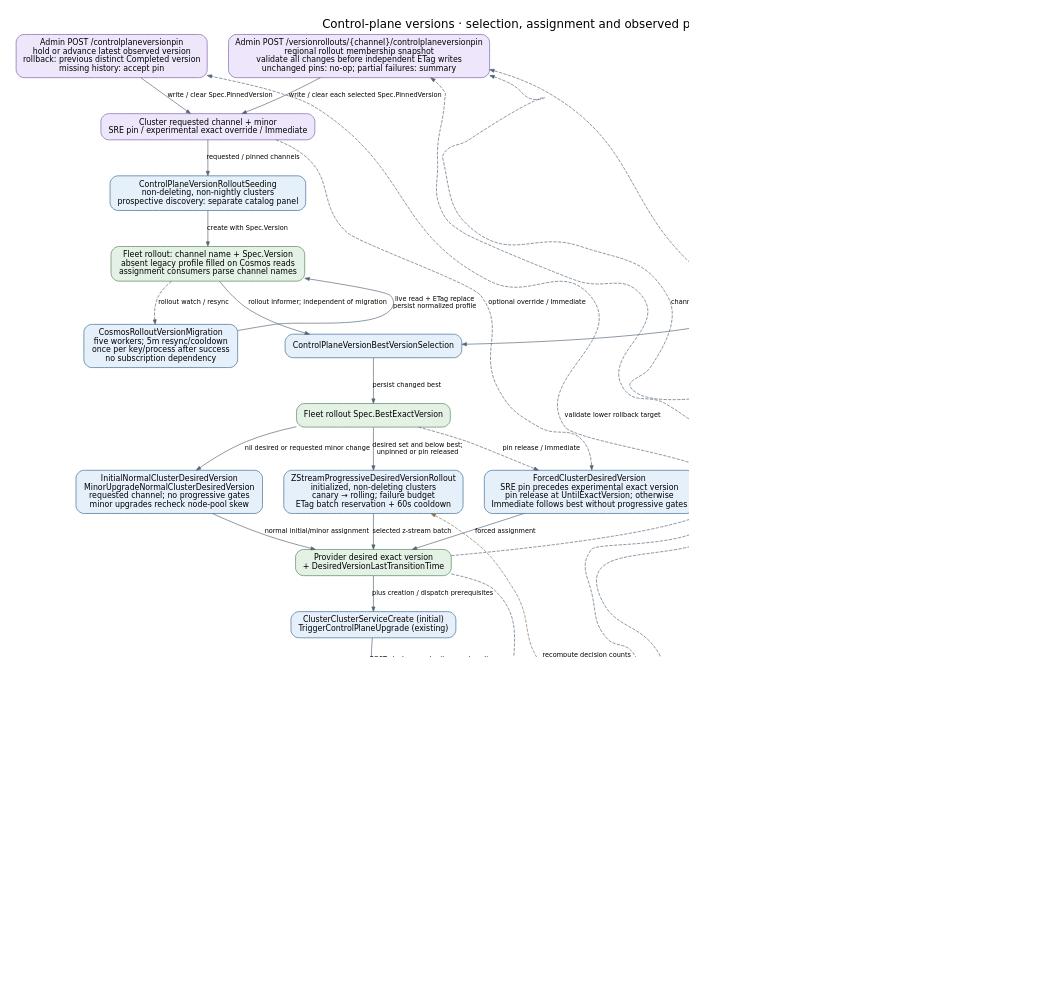
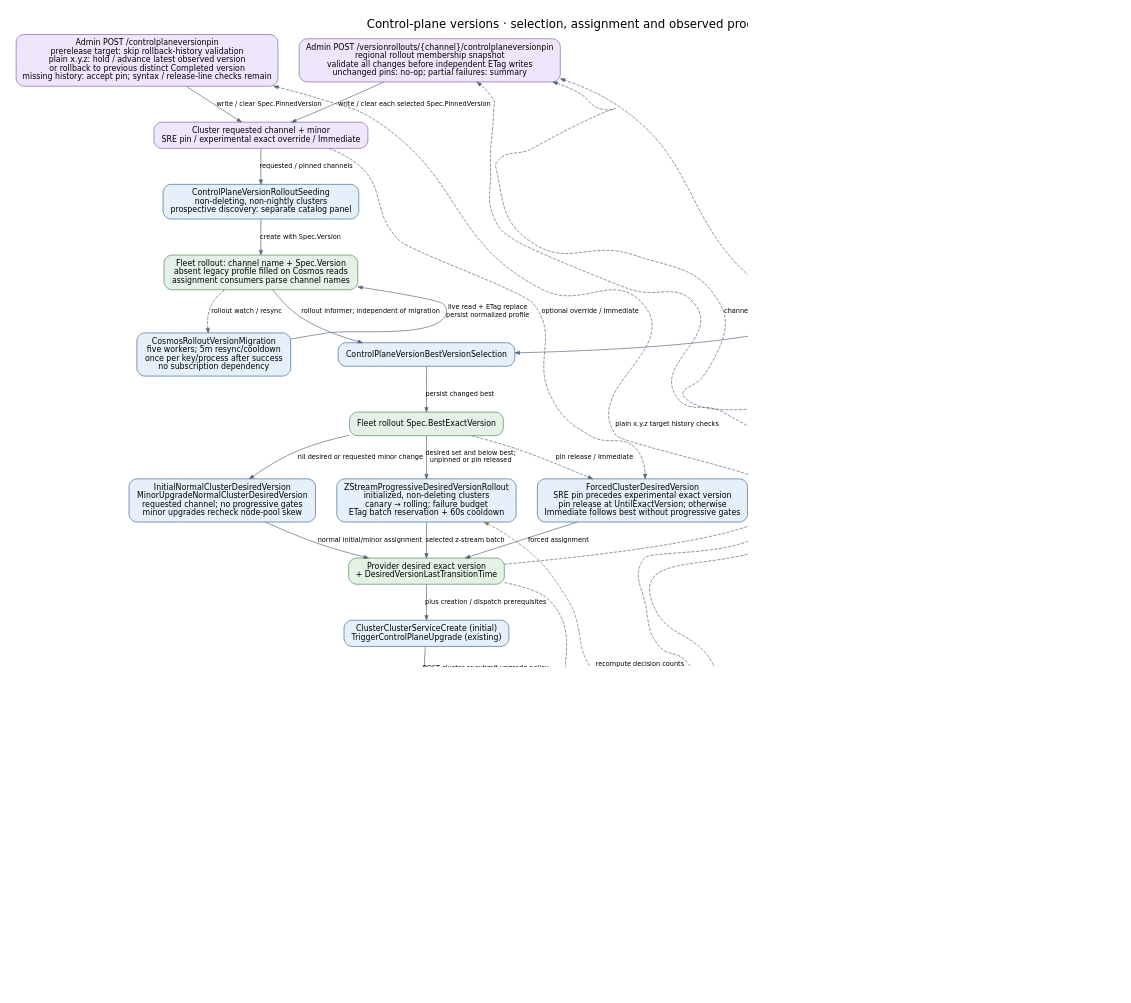
The diagram in docs/generated/diagrams/controller-flows/control-plane-version-rollout.dot (Azure/ARO-HCP), drawn with Graphviz before and after one commit. The commit also changed 44 other files, not shown here.

```diff
--- a/docs/generated/diagrams/controller-flows/control-plane-version-rollout.dot
+++ b/docs/generated/diagrams/controller-flows/control-plane-version-rollout.dot
@@ -1,54 +1,54 @@
 digraph control_plane_version_rollout {
   graph [rankdir=TB, bgcolor="white", pad="0.3", nodesep="0.45", ranksep="0.6", fontname="DejaVu Sans", fontsize=18, labelloc=t, label="Control-plane versions · selection, assignment and observed progress", dpi=110];
   node [shape=box, style="rounded,filled", fillcolor="#e6f0fa", color="#35648a", fontname="DejaVu Sans", fontsize=12, margin="0.16,0.10"];
   edge [color="#536577", fontname="DejaVu Sans", fontsize=10, arrowsize=0.7];
   request [label="Cluster requested channel + minor\nSRE pin / experimental exact override / Immediate", fillcolor="#eee7fb", color="#7b59a4"];
-  pin [label="Admin POST /controlplaneversionpin\nhold or advance latest observed version\nrollback: previous distinct Completed version\nmissing history: accept pin", fillcolor="#eee7fb", color="#7b59a4"];
+  pin [label="Admin POST /controlplaneversionpin\nprerelease target: skip rollback-history validation\nplain x.y.z: hold / advance latest observed version\nor rollback to previous distinct Completed version\nmissing history: accept pin; syntax / release-line checks remain", fillcolor="#eee7fb", color="#7b59a4"];
   fleetpin [label="Admin POST /versionrollouts/{channel}/controlplaneversionpin\nregional rollout membership snapshot\nvalidate all changes before independent ETag writes\nunchanged pins: no-op; partial failures: summary", fillcolor="#eee7fb", color="#7b59a4"];
   actual [label="ActualHostedCluster controller\n→ provider Status.ControlPlaneVersionHistory\nfull observed control-plane history"];
   seed [label="ControlPlaneVersionRolloutSeeding\nnon-deleting, non-nightly clusters\nprospective discovery: separate catalog panel"];
   rollout [label="Fleet rollout: channel name + Spec.Version\nabsent legacy profile filled on Cosmos reads\nassignment consumers parse channel names", fillcolor="#e4f2e5", color="#4c8053"];
   migration [label="CosmosRolloutVersionMigration\nfive workers; 5m resync/cooldown\nonce per key/process after success\nno subscription dependency"];
   best [label="ControlPlaneVersionBestVersionSelection"];
   updategraph [label="OpenShift update graph\nstable offset 1; other channels offset 0\nrecency only; risk filtering is a follow-up", fillcolor="#fff0da", color="#b27624"];
   target [label="Fleet rollout Spec.BestExactVersion", fillcolor="#e4f2e5", color="#4c8053"];
   initial [label="InitialNormalClusterDesiredVersion\nMinorUpgradeNormalClusterDesiredVersion\nrequested channel; no progressive gates\nminor upgrades recheck node-pool skew"];
   normal [label="ZStreamProgressiveDesiredVersionRollout\ninitialized, non-deleting clusters\ncanary → rolling; failure budget\nETag batch reservation + 60s cooldown"];
   forced [label="ForcedClusterDesiredVersion\nSRE pin precedes experimental exact version\npin release at UntilExactVersion; otherwise\nImmediate follows best without progressive gates"];
   desired [label="Provider desired exact version\n+ DesiredVersionLastTransitionTime", fillcolor="#e4f2e5", color="#4c8053"];
   dispatch [label="ClusterClusterServiceCreate (initial)\nTriggerControlPlaneUpgrade (existing)"];
   external [label="Cluster Service / HyperShift / Kubernetes\nexternal control-plane convergence\nmanifest delivery: separate boundary panel", fillcolor="#fff0da", color="#b27624"];
   observe [label="ReadDesireKubernetesController\n→ ControlPlaneActiveVersions"];
   history [label="Provider active versions + transition times\nCompleted entry confirms achieved version", fillcolor="#e4f2e5", color="#4c8053"];
   status [label="ControlPlaneVersionStatusCollector\nupgrade maps exclude missing / deleting clusters\nreference count INCLUDES deletion; see catalog panel"];
   counts [label="Fleet status: desired / mismatched / failed\nachieved / successful\nsuccess age > 1h; mismatch timeout > 2h default", fillcolor="#e4f2e5", color="#4c8053"];
   request -> seed [label="requested / pinned channels"];
   pin -> request [label="write / clear Spec.PinnedVersion"];
   fleetpin -> request [label="write / clear each selected Spec.PinnedVersion"];
-  actual -> fleetpin [label="validate changed rollback pins", style=dashed, constraint=false];
+  actual -> pin [label="plain x.y.z target history checks", style=dashed, constraint=false];
+  actual -> fleetpin [label="changed plain x.y.z target history checks", style=dashed, constraint=false];
   desired -> fleetpin [label="channel membership", style=dashed, constraint=false];
   history -> fleetpin [label="membership fallback only", style=dashed, constraint=false];
   seed -> rollout [label="create with Spec.Version"];
   rollout -> best [label="rollout informer; independent of migration"];
   rollout -> migration [label="rollout watch / resync", style=dashed];
   migration -> rollout [label="live read + ETag replace\npersist normalized profile", constraint=false];
   updategraph -> best [label="selectable version + configured floor"];
   best -> target [label="persist changed best"];
   target -> initial [label="nil desired or requested minor change"];
   target -> normal [label="desired set and below best;\nunpinned or pin released"];
   target -> forced [label="pin release / Immediate", style=dashed];
   request -> forced [label="optional override / Immediate", style=dashed, constraint=false];
   initial -> desired [label="normal initial/minor assignment"];
   normal -> desired [label="selected z-stream batch"];
   forced -> desired [label="forced assignment"];
   desired -> dispatch [label="plus creation / dispatch prerequisites"];
   dispatch -> external [label="POST cluster or submit upgrade policy"];
-  external -> observe [label="mirrored HostedCluster history"];
+  external -> observe [label="controlPlaneVersion.history only\nno legacy history fallback"];
   external -> actual [label="ReadDesire HostedCluster mirror", style=dashed];
-  actual -> pin [label="validate lower rollback target", style=dashed, constraint=false];
   observe -> history [label="record observed state"];
   history -> status [label="completed version + age"];
   desired -> status [label="membership + target + age", style=dashed, constraint=false];
   status -> counts [label="persist changed counts + reference inventory"];
   history -> normal [label="recompute decision counts\nfrom provider snapshot", style=dashed, color="#857456", constraint=false];
 }
```
